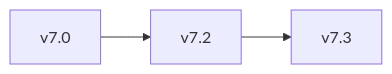
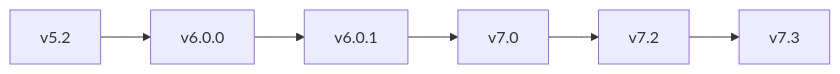
One commit to eamena-project/eamena-arches-dev changed the first of 4 diagrams in dev/README.md. Above: the diagram before and after it, drawn with Mermaid. The commit also changed 5 other files, not shown here.

````diff
--- a/dev/README.md
+++ b/dev/README.md
@@ -8,5 +8,8 @@
 ```mermaid
 flowchart LR
-    A["v7.0"] --> B["v7.2"]
-    B --> C["v7.3"]
+    A["v5.2"] --> B["v6.0.0"]
+    B --> C["v6.0.1"]
+    C --> D["v7.0"]
+    D --> E["v7.2"]
+    E --> F["v7.3"]
 ```
````
